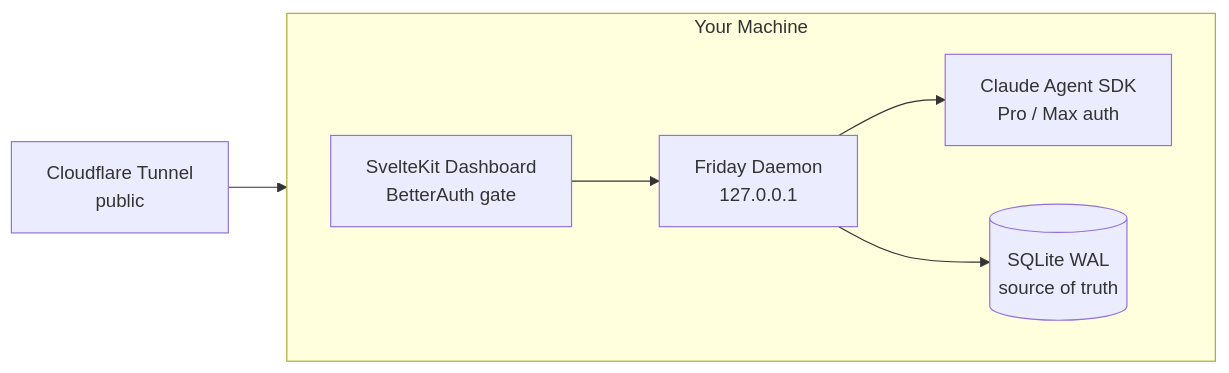
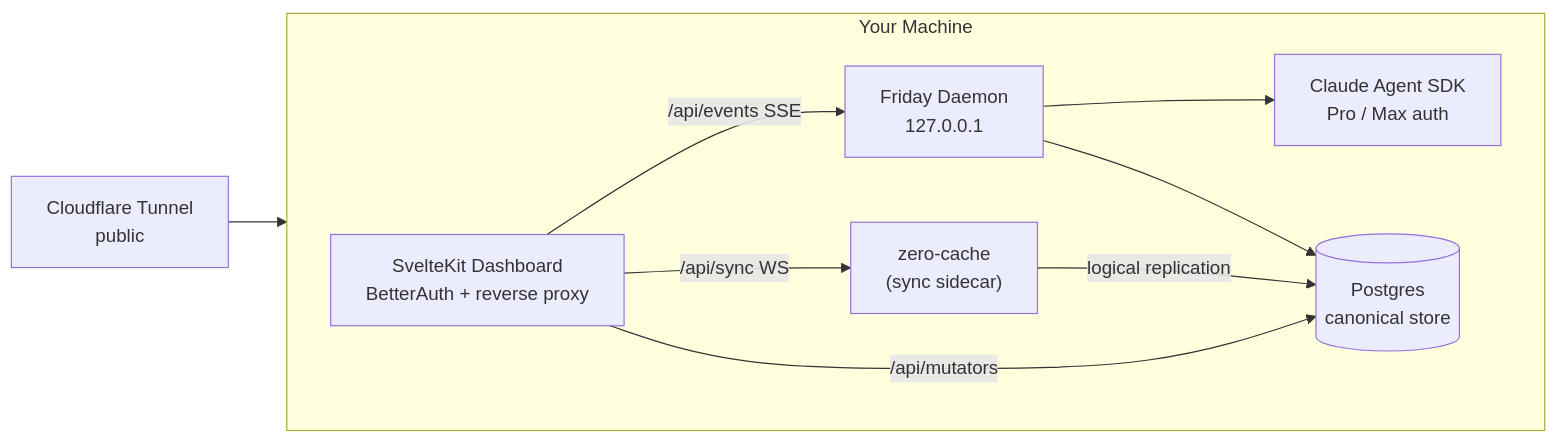
One commit to sethvoltz/friday changed the diagram in README.md. Above: the diagram before and after it, drawn with Mermaid. The commit also changed other lines of this file and 3 other files, not shown here.

First line of the commit message:
docs: ADR-023 + ADR-024 — Postgres canonical, Zero sync, peer writers

````diff
--- a/README.md
+++ b/README.md
@@ -19,14 +19,20 @@
 ```mermaid
 flowchart LR
     cft["Cloudflare Tunnel<br/>public"]
     subgraph local["Your Machine"]
         direction LR
-        dash["SvelteKit Dashboard<br/>BetterAuth gate"]
+        dash["SvelteKit Dashboard<br/>BetterAuth + reverse proxy"]
         daemon["Friday Daemon<br/>127.0.0.1"]
+        zcache["zero-cache<br/>(sync sidecar)"]
         sdk["Claude Agent SDK<br/>Pro / Max auth"]
-        db[("SQLite WAL<br/>source of truth")]
+        pg[("Postgres<br/>canonical store")]
     end
 
-    cft --> dash --> daemon --> sdk
-    daemon --> db
+    cft --> dash
+    dash -->|"/api/events SSE"| daemon
+    dash -->|"/api/sync WS"| zcache
+    dash -->|"/api/mutators"| pg
+    daemon --> sdk
+    daemon --> pg
+    zcache -->|"logical replication"| pg
 ```
````
